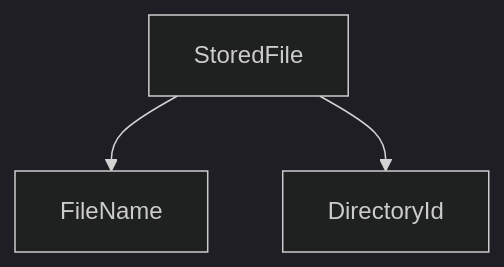
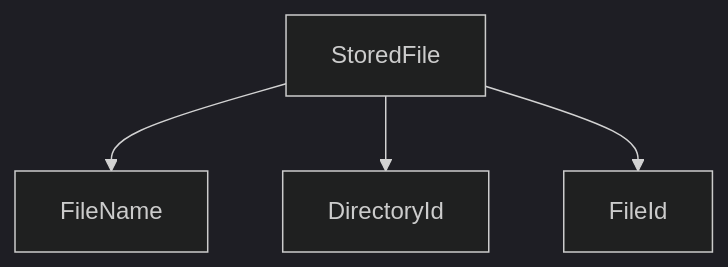
One commit to edenhoferMarco/storify changed the first of 4 diagrams in docs/domain/AGGREGATES.md. Above: the diagram before and after it, drawn with Mermaid (dark theme). The commit also changed 4 other files, not shown here.

````diff
--- a/docs/domain/AGGREGATES.md
+++ b/docs/domain/AGGREGATES.md
@@ -6,5 +6,6 @@
 ```mermaid
 flowchart TB
     StoredFile --> FileName
     StoredFile --> DirectoryId
+    StoredFile --> FileId
 ```
````
